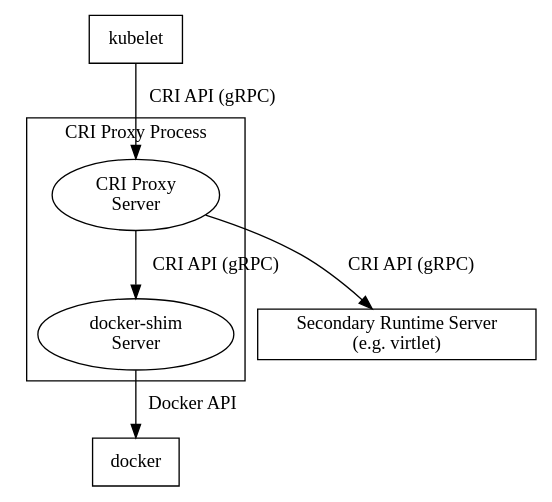
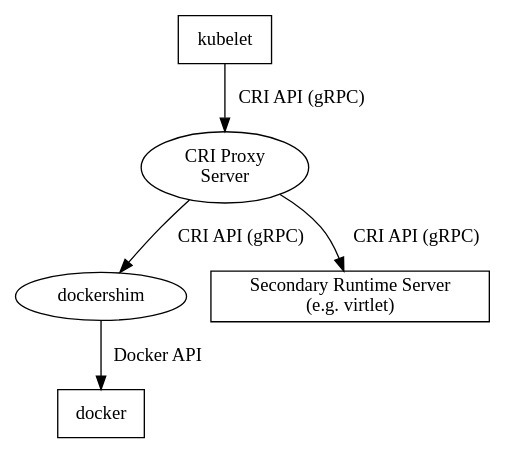
The diagram in docs/criproxy.dot (Mirantis/virtlet), drawn with Graphviz before and after one commit. The commit also changed 3 other files, not shown here.

```diff
--- a/docs/criproxy.dot
+++ b/docs/criproxy.dot
@@ -1,17 +1,12 @@
 digraph criproxy {
-        subgraph cluster_0 {
-                criproxy [label="CRI Proxy\nServer"];
-                docker_shim [label="docker-shim\nServer"];       
-                criproxy -> docker_shim [label=" CRI API (gRPC) "];
-                color=black;
-                label="CRI Proxy Process";
-                
-        }
+        criproxy [label="CRI Proxy\nServer"];
+        dockershim [label="dockershim"];       
         kubelet [shape=rectangle];
         docker [shape=rectangle];
         altruntime [shape=rectangle];
         kubelet -> criproxy [label=" CRI API (gRPC)"];
+        criproxy -> dockershim [label=" CRI API (gRPC) "];
         altruntime [label="Secondary Runtime Server\n(e.g. virtlet)"];
         criproxy -> altruntime [label="  CRI API (gRPC)"];
-        docker_shim -> docker [label=" Docker API"];
+        dockershim -> docker [label=" Docker API"];
 }
```
